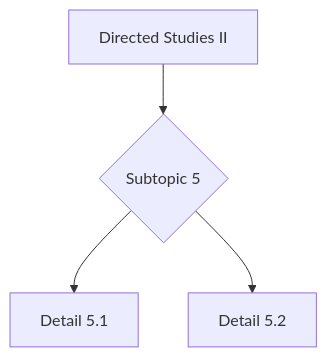
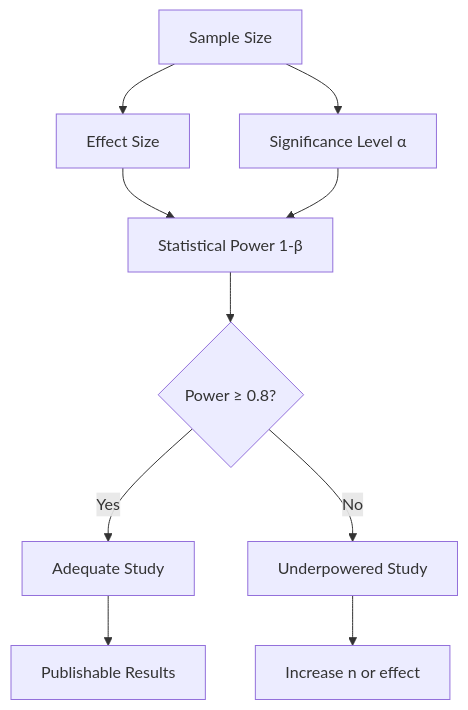
The fourth of 5 diagrams in 01_BSc_Physics/electives/PHYS_3090X_Directed_Studies_II/README.md (yip-lgtm/PhysicsSelfStudy), drawn with Mermaid before and after one commit. The commit also changed other lines of this file and 21 other files, not shown here.

````diff
--- a/01_BSc_Physics/electives/PHYS_3090X_Directed_Studies_II/README.md
+++ b/01_BSc_Physics/electives/PHYS_3090X_Directed_Studies_II/README.md
@@ -291,6 +257,12 @@
 ```mermaid
 graph TD
-    A[Directed Studies II] --> B{Subtopic 5}
-    B --> C[Detail 5.1]
-    B --> D[Detail 5.2]
+    A[Sample Size] --> B[Effect Size]
+    A --> C[Significance Level α]
+    B --> D[Statistical Power 1-β]
+    C --> D
+    D --> E{Power ≥ 0.8?}
+    E -->|Yes| F[Adequate Study]
+    E -->|No| G[Underpowered Study]
+    F --> H[Publishable Results]
+    G --> I[Increase n or effect]
 ```
````
